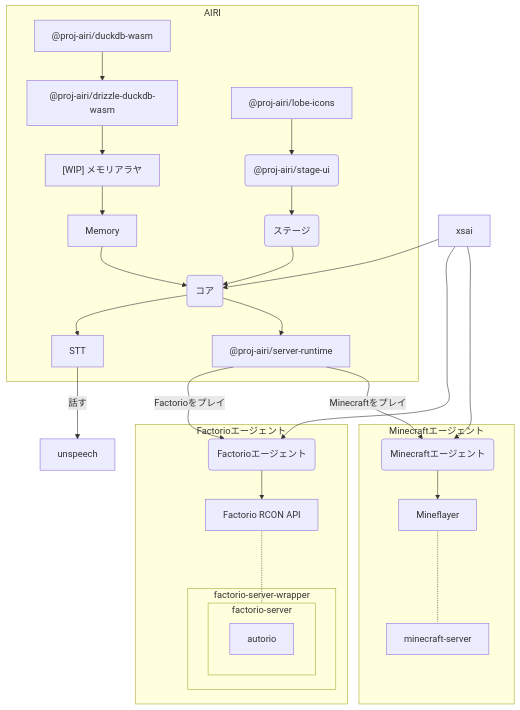
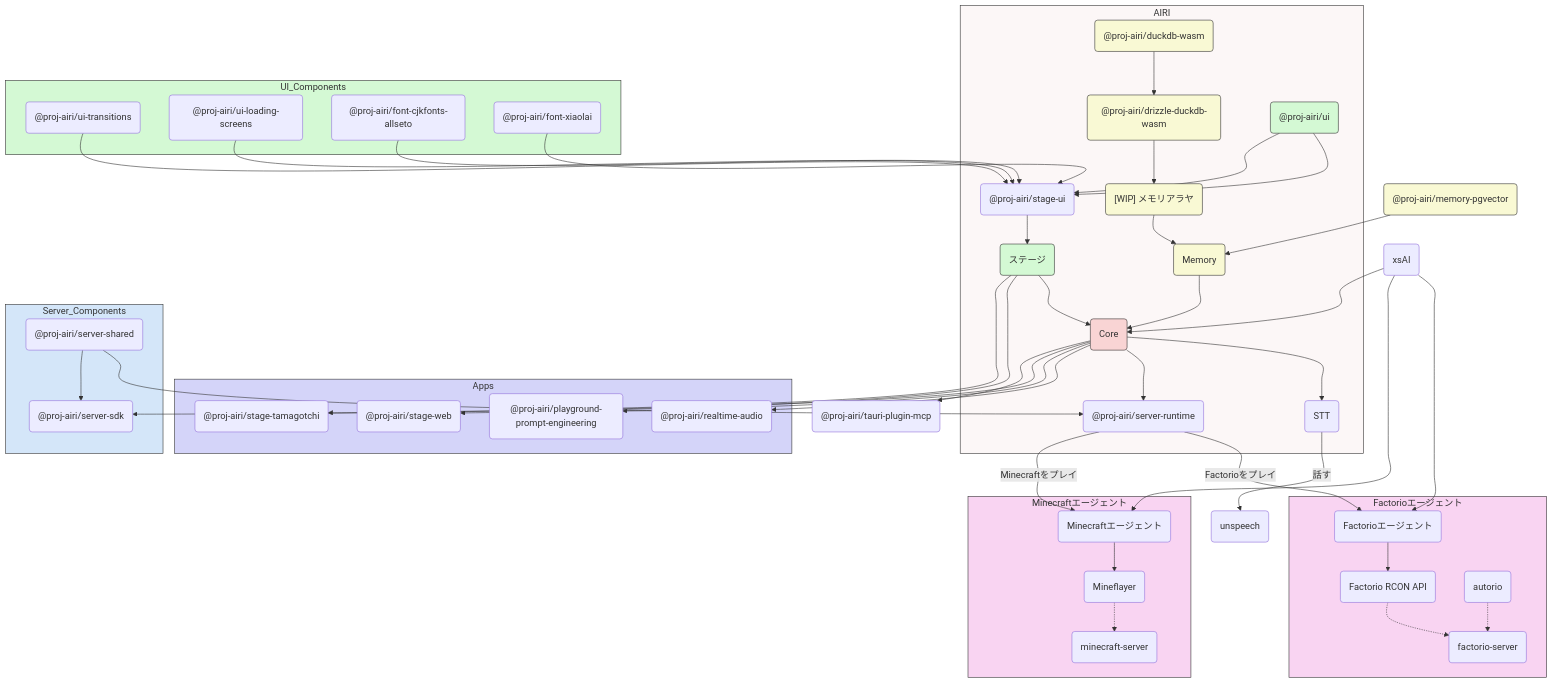
The first of 2 diagrams in README.ja-JP.md (zennomi/airi), drawn with Mermaid before and after one commit. The commit also changed 2 other files, not shown here.

Commit message:
docs: updated architecture in README

````diff
--- a/README.ja-JP.md
+++ b/README.ja-JP.md
@@ -167,51 +167,88 @@
 %%{ init: { 'flowchart': { 'curve': 'catmullRom' } } }%%
 
 flowchart TD
-  Core("コア")
-  Unspeech["unspeech"]
-  DBDriver["@proj-airi/drizzle-duckdb-wasm"]
-  MemoryDriver["[WIP] メモリアラヤ"]
-  DB1["@proj-airi/duckdb-wasm"]
-  ICONS["@proj-airi/lobe-icons"]
-  UI("@proj-airi/stage-ui")
+  Core("Core")
+  Unspeech("unspeech")
+  DBDriver("@proj-airi/drizzle-duckdb-wasm")
+  MemoryDriver("[WIP] メモリアラヤ")
+  DB1("@proj-airi/duckdb-wasm")
+  SVRT("@proj-airi/server-runtime")
+  Memory("Memory")
+  STT("STT")
   Stage("ステージ")
-  F_AGENT("Factorioエージェント")
-  F_API["Factorio RCON API"]
-  F_MOD1["autorio"]
-  SVRT["@proj-airi/server-runtime"]
-  MC_AGENT("Minecraftエージェント")
-  XSAI["xsai"]
+  StageUI("@proj-airi/stage-ui")
+  UI("@proj-airi/ui")
 
   subgraph AIRI
     DB1 --> DBDriver --> MemoryDriver --> Memory --> Core
-    ICONS --> UI --> Stage --> Core
+    UI --> StageUI --> Stage --> Core
     Core --> STT
     Core --> SVRT
   end
 
-  STT --> |話す|Unspeech
-  SVRT --> |Factorioをプレイ|F_AGENT
-  SVRT --> |Minecraftをプレイ|MC_AGENT
+  subgraph UI_Components
+    UI --> StageUI
+    UITransitions("@proj-airi/ui-transitions") --> StageUI
+    UILoadingScreens("@proj-airi/ui-loading-screens") --> StageUI
+    FontCJK("@proj-airi/font-cjkfonts-allseto") --> StageUI
+    FontXiaolai("@proj-airi/font-xiaolai") --> StageUI
+  end
+
+  subgraph Apps
+    Stage --> StageWeb("@proj-airi/stage-web")
+    Stage --> StageTamagotchi("@proj-airi/stage-tamagotchi")
+    Core --> RealtimeAudio("@proj-airi/realtime-audio")
+    Core --> PromptEngineering("@proj-airi/playground-prompt-engineering")
+  end
+
+  subgraph Server_Components
+    Core --> ServerSDK("@proj-airi/server-sdk")
+    ServerShared("@proj-airi/server-shared") --> SVRT
+    ServerShared --> ServerSDK
+  end
+
+  STT -->|話す| Unspeech
+  SVRT -->|Factorioをプレイ| F_AGENT
+  SVRT -->|Minecraftをプレイ| MC_AGENT
 
   subgraph Factorioエージェント
-    F_AGENT --> F_API -..- factorio-server
-    subgraph factorio-server-wrapper
-      subgraph factorio-server
-        F_MOD1
-      end
-    end
+    F_AGENT("Factorioエージェント")
+    F_API("Factorio RCON API")
+    factorio-server("factorio-server")
+    F_MOD1("autorio")
+
+    F_AGENT --> F_API -.-> factorio-server
+    F_MOD1 -.-> factorio-server
   end
 
   subgraph Minecraftエージェント
-    MC_AGENT --> Mineflayer -..- minecraft-server
-    subgraph factorio-server-wrapper
-      subgraph factorio-server
-        F_MOD1
-      end
-    end
+    MC_AGENT("Minecraftエージェント")
+    Mineflayer("Mineflayer")
+    minecraft-server("minecraft-server")
+
+    MC_AGENT --> Mineflayer -.-> minecraft-server
   end
 
-  XSAI --> Core
+  XSAI("xsAI") --> Core
   XSAI --> F_AGENT
   XSAI --> MC_AGENT
+
+  Core --> TauriMCP("@proj-airi/tauri-plugin-mcp")
+  Memory_PGVector("@proj-airi/memory-pgvector") --> Memory
+
+  style Core fill:#f9d4d4,stroke:#333,stroke-width:1px
+  style AIRI fill:#fcf7f7,stroke:#333,stroke-width:1px
+  style UI fill:#d4f9d4,stroke:#333,stroke-width:1px
+  style Stage fill:#d4f9d4,stroke:#333,stroke-width:1px
+  style UI_Components fill:#d4f9d4,stroke:#333,stroke-width:1px
+  style Server_Components fill:#d4e6f9,stroke:#333,stroke-width:1px
+  style Apps fill:#d4d4f9,stroke:#333,stroke-width:1px
+  style Factorioエージェント fill:#f9d4f2,stroke:#333,stroke-width:1px
+  style Minecraftエージェント fill:#f9d4f2,stroke:#333,stroke-width:1px
+
+  style DBDriver fill:#f9f9d4,stroke:#333,stroke-width:1px
+  style MemoryDriver fill:#f9f9d4,stroke:#333,stroke-width:1px
+  style DB1 fill:#f9f9d4,stroke:#333,stroke-width:1px
+  style Memory fill:#f9f9d4,stroke:#333,stroke-width:1px
+  style Memory_PGVector fill:#f9f9d4,stroke:#333,stroke-width:1px
 ```
````
